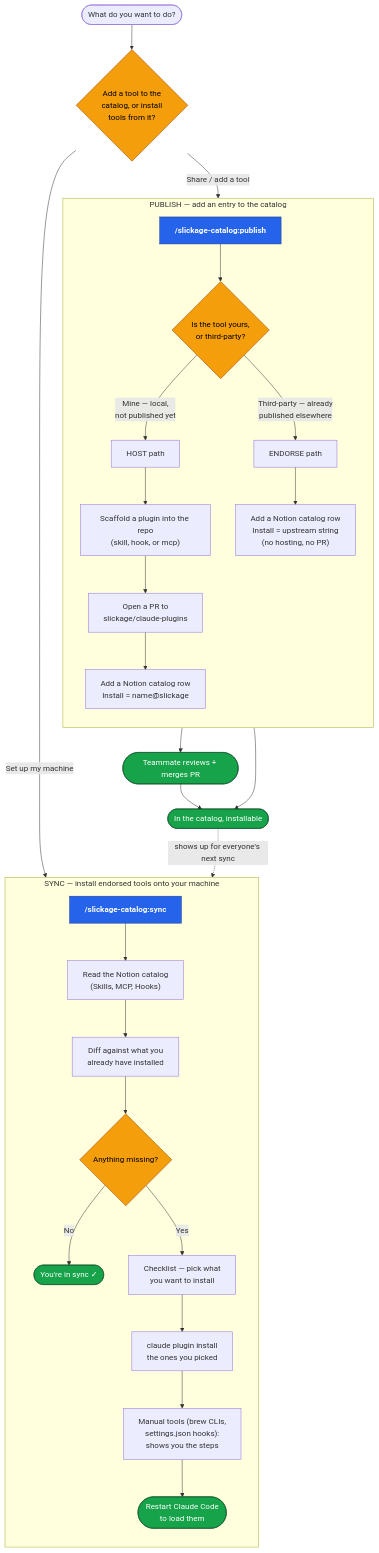
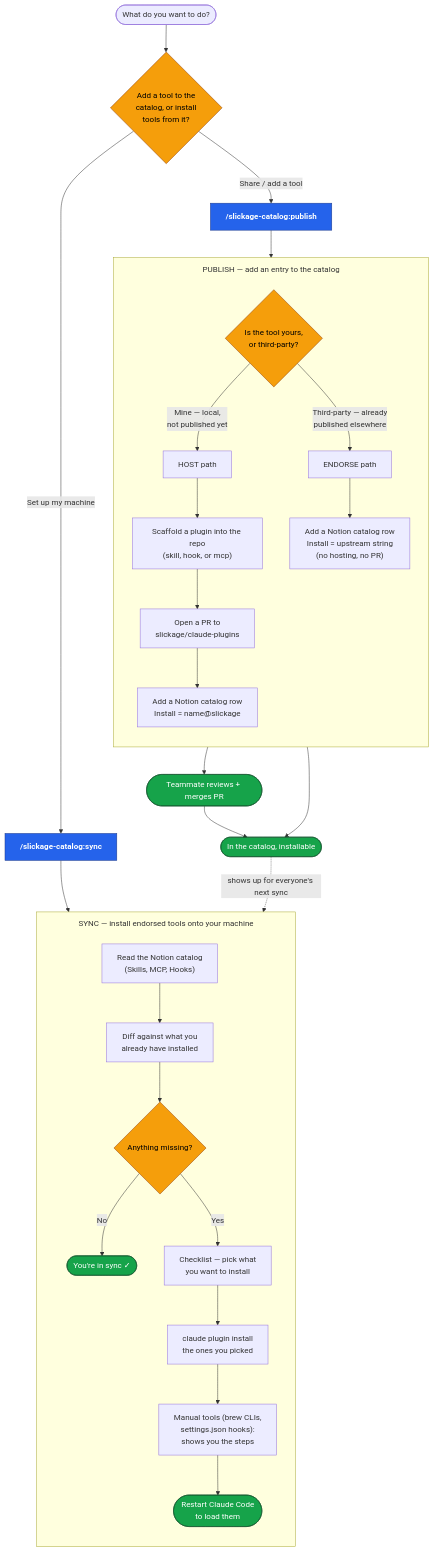
Before and after one commit to slickage/claude-plugins: the diagram in docs/slickage-catalog-flow.md, drawn with Mermaid.

Commit message:
docs(slickage-catalog): add command flowchart for coworkers
Mermaid flowchart (renders on GitHub + Notion) covering publish (HOST/ENDORSE)
and sync, with a when-to-use table, prereqs, and the one-line mental model.

````diff
--- a/docs/slickage-catalog-flow.md
+++ b/docs/slickage-catalog-flow.md
@@ -7,48 +7,53 @@
 ```mermaid
+%%{init: {'flowchart': {'subGraphTitleMargin': {'top': 12, 'bottom': 12}, 'nodeSpacing': 55, 'rankSpacing': 55}}}%%
 flowchart TD
     Start([What do you want to do?])
     Start --> Q{Add a tool to the<br/>catalog, or install<br/>tools from it?}
 
     Q -->|"Share / add a tool"| PUB["<b>/slickage-catalog:publish</b>"]
     Q -->|"Set up my machine"| SYNC["<b>/slickage-catalog:sync</b>"]
 
+    %% command nodes sit OUTSIDE the subgraphs so the subgraph titles aren't overlapped
+    PUB --> P1
+    SYNC --> S1
+
     %% ---------- PUBLISH ----------
     subgraph PUBLISH["PUBLISH — add an entry to the catalog"]
         direction TB
-        PUB --> P1{Is the tool yours,<br/>or third-party?}
+        P1{Is the tool yours,<br/>or third-party?}
         P1 -->|"Mine — local,<br/>not published yet"| HOST["HOST path"]
         P1 -->|"Third-party — already<br/>published elsewhere"| ENDORSE["ENDORSE path"]
 
         HOST --> H1["Scaffold a plugin into the repo<br/>(skill, hook, or mcp)"]
         H1 --> H2["Open a PR to<br/>slickage/claude-plugins"]
         H2 --> H3["Add a Notion catalog row<br/>Install = name@slickage"]
 
         ENDORSE --> E1["Add a Notion catalog row<br/>Install = upstream string<br/>(no hosting, no PR)"]
     end
 
     H3 --> MERGE([Teammate reviews + merges PR])
     MERGE --> LIVE([In the catalog, installable])
     E1 --> LIVE
 
     %% ---------- SYNC ----------
     subgraph SYNC_FLOW["SYNC — install endorsed tools onto your machine"]
         direction TB
-        SYNC --> S1["Read the Notion catalog<br/>(Skills, MCP, Hooks)"]
+        S1["Read the Notion catalog<br/>(Skills, MCP, Hooks)"]
         S1 --> S2["Diff against what you<br/>already have installed"]
         S2 --> S3{Anything missing?}
         S3 -->|"No"| INSYNC([You're in sync ✓])
         S3 -->|"Yes"| S4["Checklist — pick what<br/>you want to install"]
         S4 --> S5["claude plugin install<br/>the ones you picked"]
         S5 --> S6["Manual tools (brew CLIs,<br/>settings.json hooks):<br/>shows you the steps"]
         S6 --> RESTART([Restart Claude Code<br/>to load them])
     end
 
     LIVE -. "shows up for everyone's next sync" .-> S1
 
     classDef cmd fill:#2563eb,stroke:#1e3a8a,color:#fff,font-weight:bold;
     classDef done fill:#16a34a,stroke:#14532d,color:#fff;
     classDef gate fill:#f59e0b,stroke:#92400e,color:#000;
     class PUB,SYNC cmd;
     class LIVE,INSYNC,RESTART,MERGE done;
     class Q,P1,S3 gate;
 ```
````
